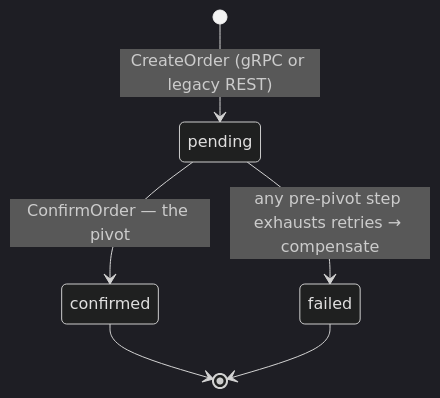
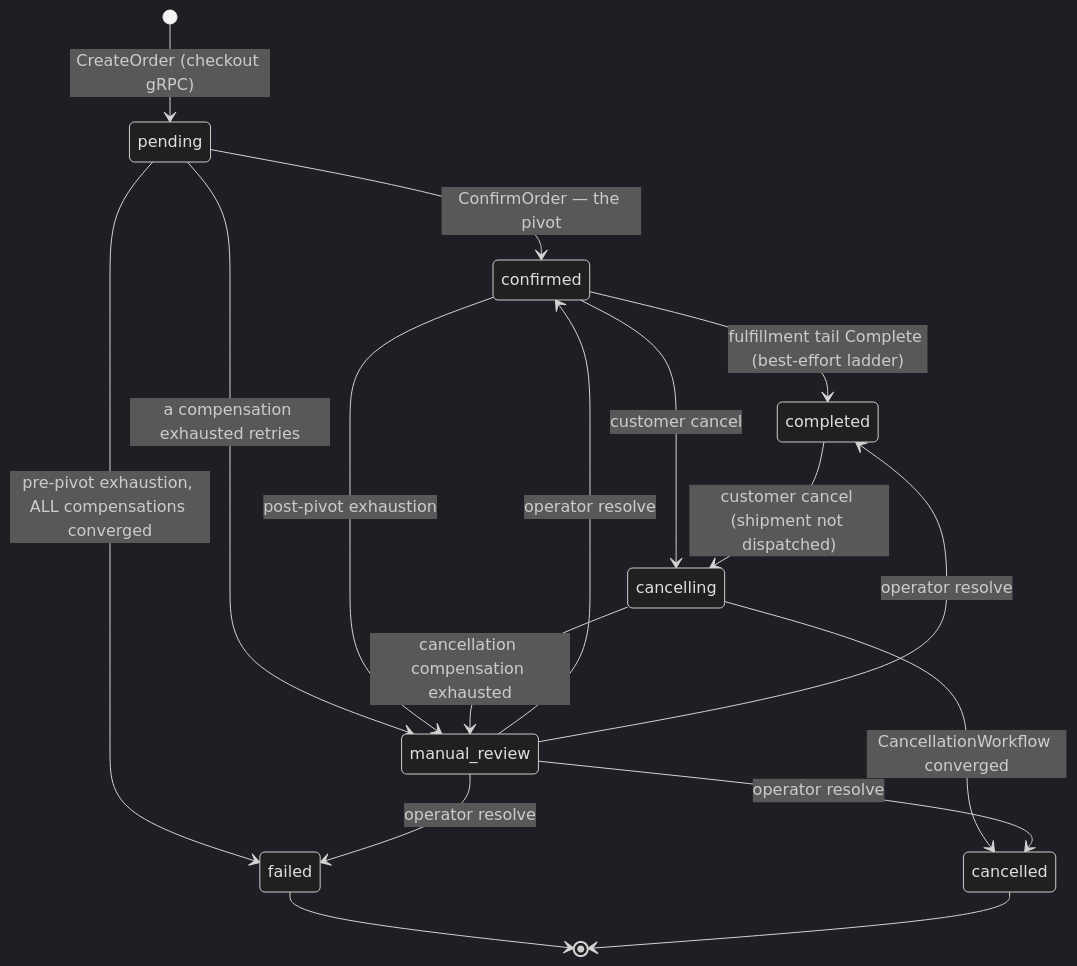
One commit to duynhlab/homelab changed the second of 2 diagrams in docs/api/order.md. Above: the diagram before and after it, drawn with Mermaid (dark theme). The commit also changed other lines of this file and 11 other files, not shown here.

````diff
--- a/docs/api/order.md
+++ b/docs/api/order.md
@@ -198,8 +219,19 @@
 ```mermaid
 stateDiagram-v2
-    [*] --> pending : CreateOrder (gRPC or legacy REST)
+    [*] --> pending : CreateOrder (checkout gRPC)
     pending --> confirmed : ConfirmOrder — the pivot
-    pending --> failed : any pre-pivot step exhausts retries → compensate
-    confirmed --> [*]
+    pending --> failed : pre-pivot exhaustion, ALL compensations converged
+    pending --> manual_review : a compensation exhausted retries
+    confirmed --> completed : fulfillment tail Complete (best-effort ladder)
+    confirmed --> cancelling : customer cancel
+    completed --> cancelling : customer cancel (shipment not dispatched)
+    confirmed --> manual_review : post-pivot exhaustion
+    cancelling --> cancelled : CancellationWorkflow converged
+    cancelling --> manual_review : cancellation compensation exhausted
+    manual_review --> confirmed : operator resolve
+    manual_review --> failed : operator resolve
+    manual_review --> cancelled : operator resolve
+    manual_review --> completed : operator resolve
     failed --> [*]
+    cancelled --> [*]
 ```
````
